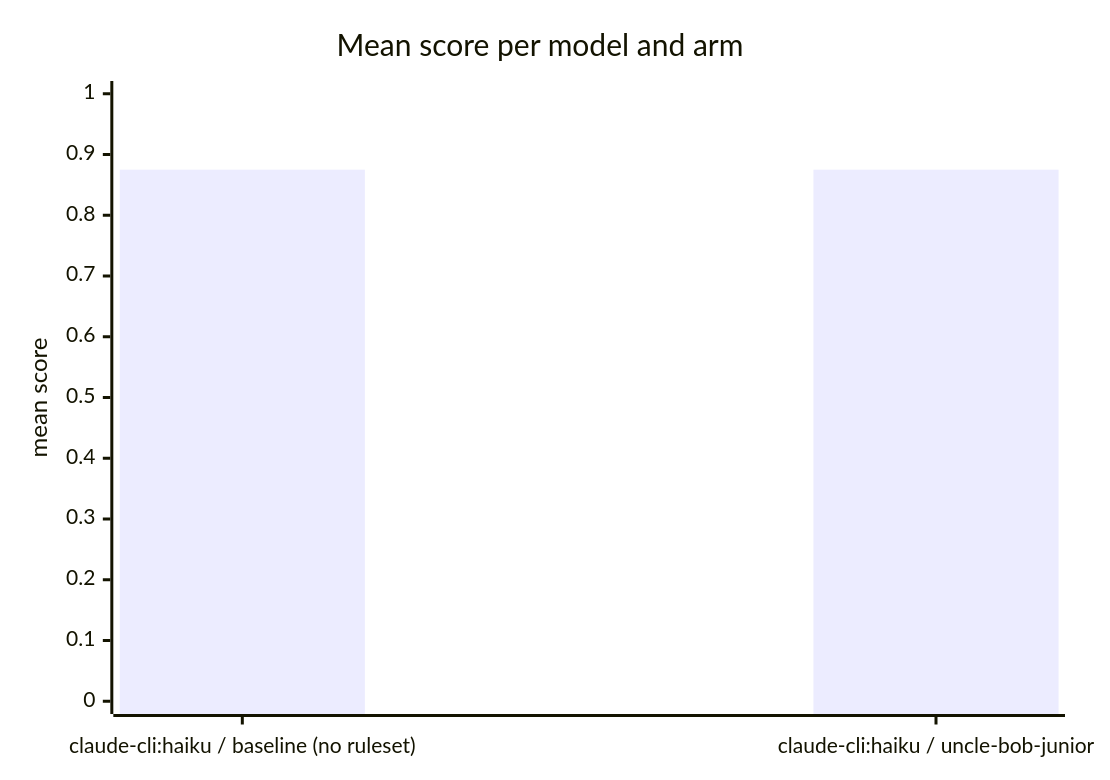
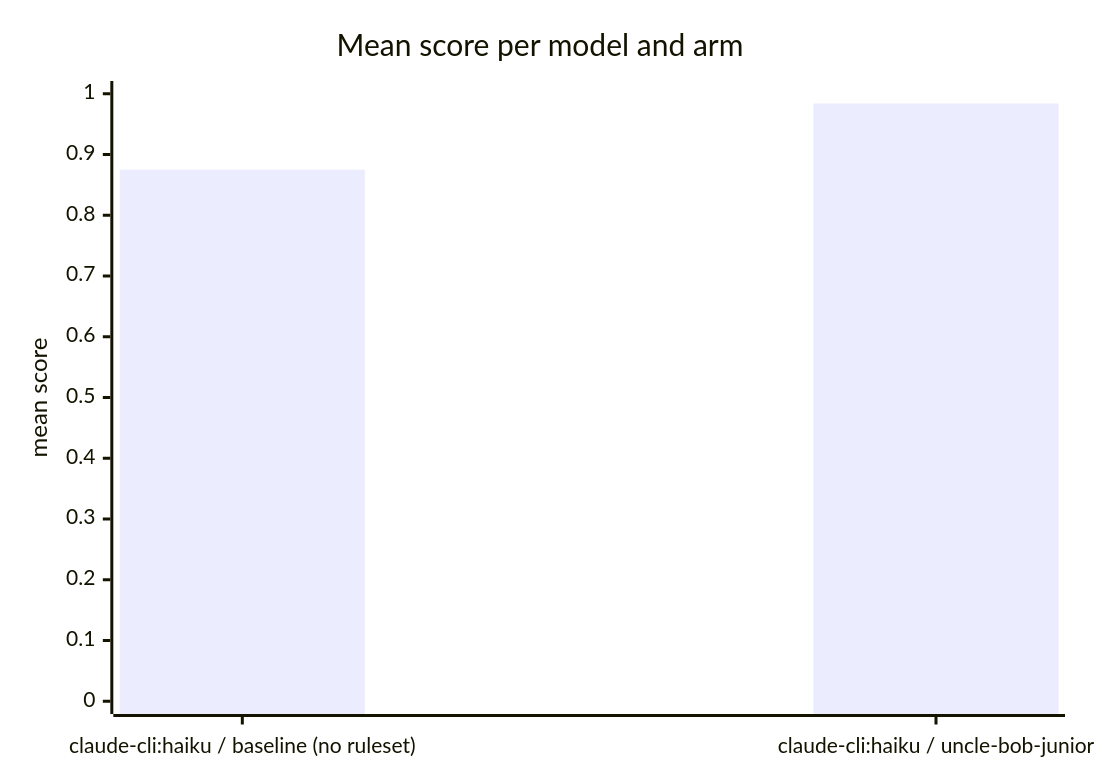
One commit to coenraadhuman/uncle-bob-junior changed the diagram in benchmarks/results/eval-guo-2026-08-31t11-51-53/report.md. Above: the diagram before and after it, drawn with Mermaid. The commit also changed other lines of this file and 733 other files, not shown here.

````diff
--- a/benchmarks/results/eval-guo-2026-08-31t11-51-53/report.md
+++ b/benchmarks/results/eval-guo-2026-08-31t11-51-53/report.md
@@ -31,7 +31,7 @@
 ```mermaid
 xychart-beta
     title "Mean score per model and arm"
     x-axis ["claude-cli:haiku / baseline (no ruleset)", "claude-cli:haiku / uncle-bob-junior"]
     y-axis "mean score" 0 --> 1
-    bar [0.875, 0.875]
+    bar [0.875, 0.984]
 ```
````
